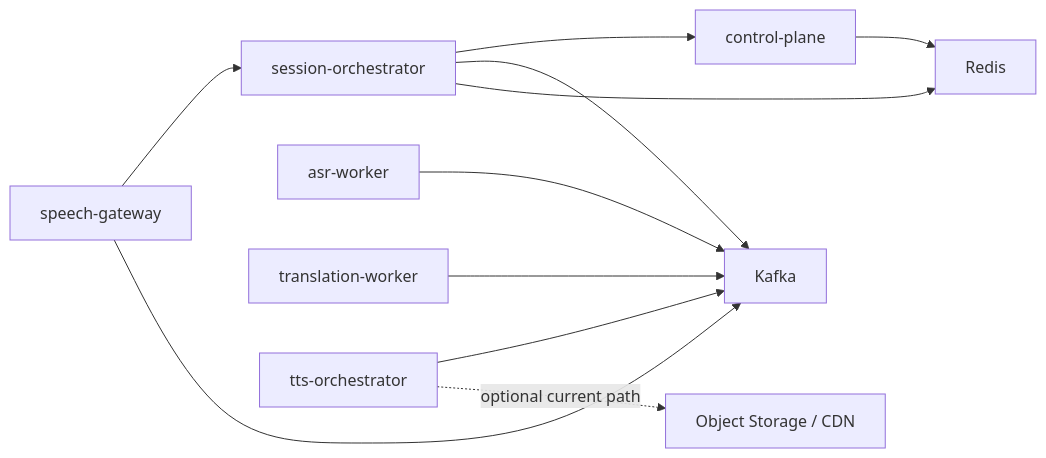
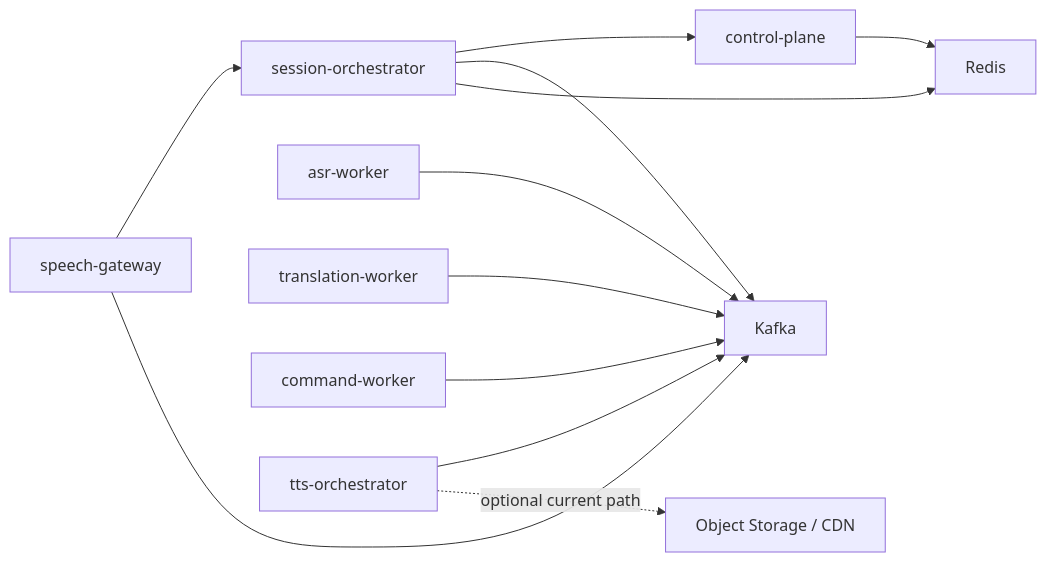
The diagram in docs/services.md (reSipWebRTC/kafka-as), drawn with Mermaid before and after one commit. The commit also changed other lines of this file and 9 other files, not shown here.

````diff
--- a/docs/services.md
+++ b/docs/services.md
@@ -210,13 +234,14 @@
 ```mermaid
 flowchart LR
     G["speech-gateway"] --> O["session-orchestrator"]
     O --> CP["control-plane"]
     G --> K["Kafka"]
     O --> K
     O --> R["Redis"]
     CP --> R
     A["asr-worker"] --> K
     T["translation-worker"] --> K
+    C["command-worker"] --> K
     TS["tts-orchestrator"] --> K
     TS -. "optional current path" .-> OSS["Object Storage / CDN"]
 ```
````
